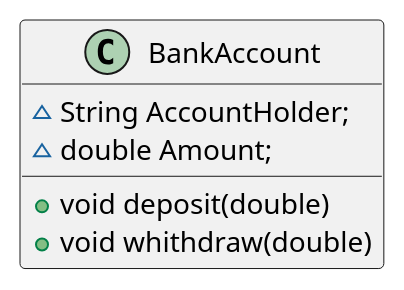
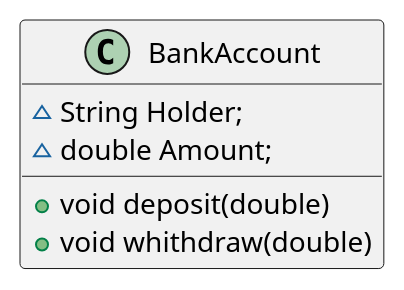
One commit to mmasias/progra2-22-23 changed the diagram in ejercicios/entregas/davidGarcia/EX000-PooIntroduccion/src/BankAccount.puml. Above: the diagram before and after it, drawn with PlantUML. The commit also changed 6 other files, not shown here.

```diff
--- a/ejercicios/entregas/davidGarcia/EX000-PooIntroduccion/src/BankAccount.puml
+++ b/ejercicios/entregas/davidGarcia/EX000-PooIntroduccion/src/BankAccount.puml
@@ -1,8 +1,8 @@
 @startuml
 class BankAccount{
-~String AccountHolder;
+~String Holder;
 ~double Amount;
 +void deposit(double)
 +void whithdraw(double)
 }
 @enduml
```
